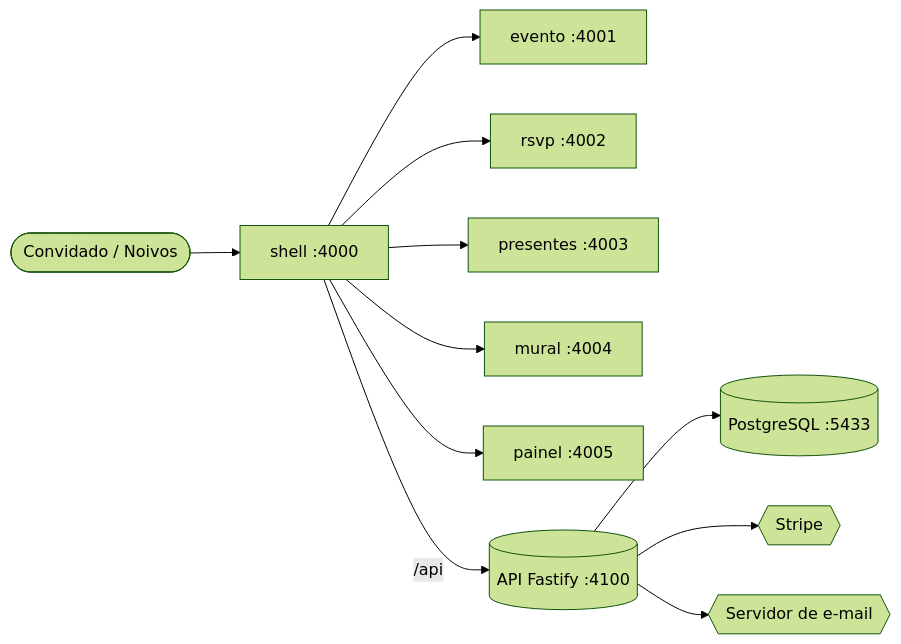
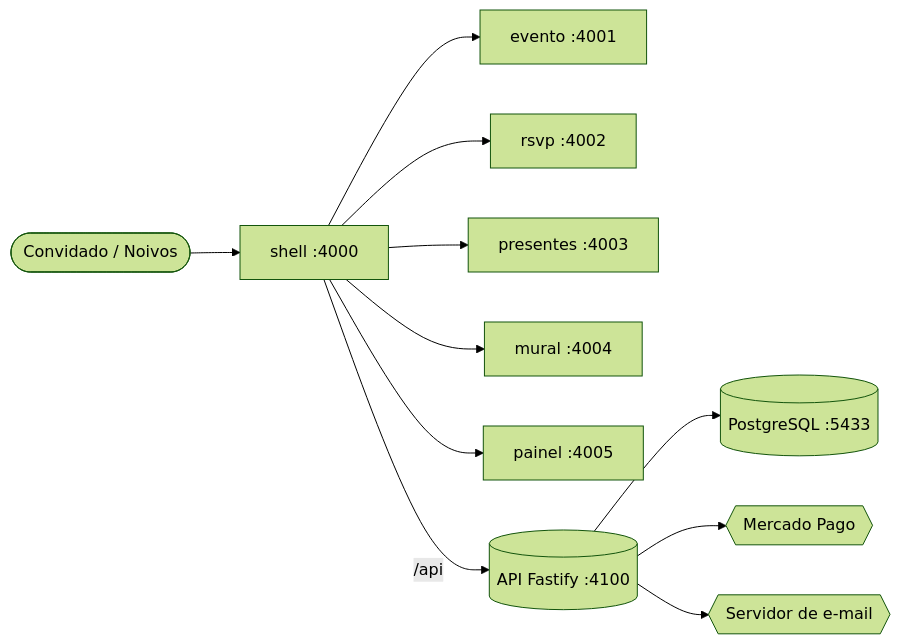
The first of 3 diagrams in README.md (victorandrad/casamentonayaraevictor), drawn with Mermaid (forest theme) before and after one commit. The commit also changed other lines of this file and 32 other files, not shown here.

First line of the commit message:
Pagamento pelo Mercado Pago com "Conectar ao Mercado Pago" no painel

````diff
--- a/README.md
+++ b/README.md
@@ -97,13 +97,13 @@
 ```mermaid
 flowchart LR
     U([Convidado / Noivos]) --> S[shell :4000]
     S --> E[evento :4001]
     S --> R[rsvp :4002]
     S --> P[presentes :4003]
     S --> M[mural :4004]
     S --> PA[painel :4005]
     S -- /api --> A[(API Fastify :4100)]
     A --> DB[(PostgreSQL :5433)]
-    A --> ST{{Stripe}}
+    A --> MP{{Mercado Pago}}
     A --> ML{{Servidor de e-mail}}
 ```
````
